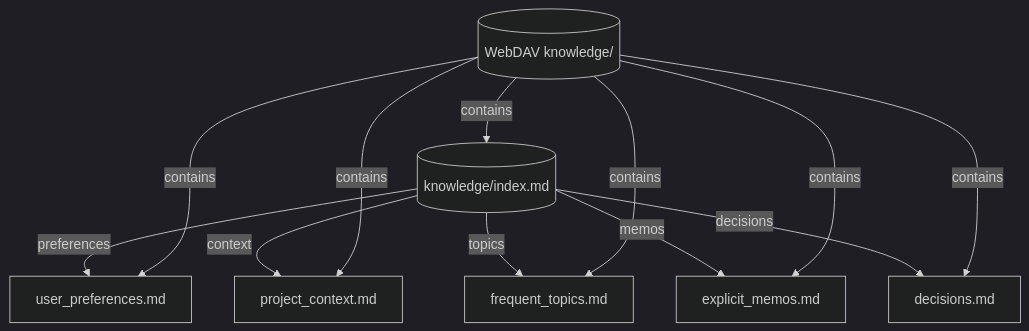
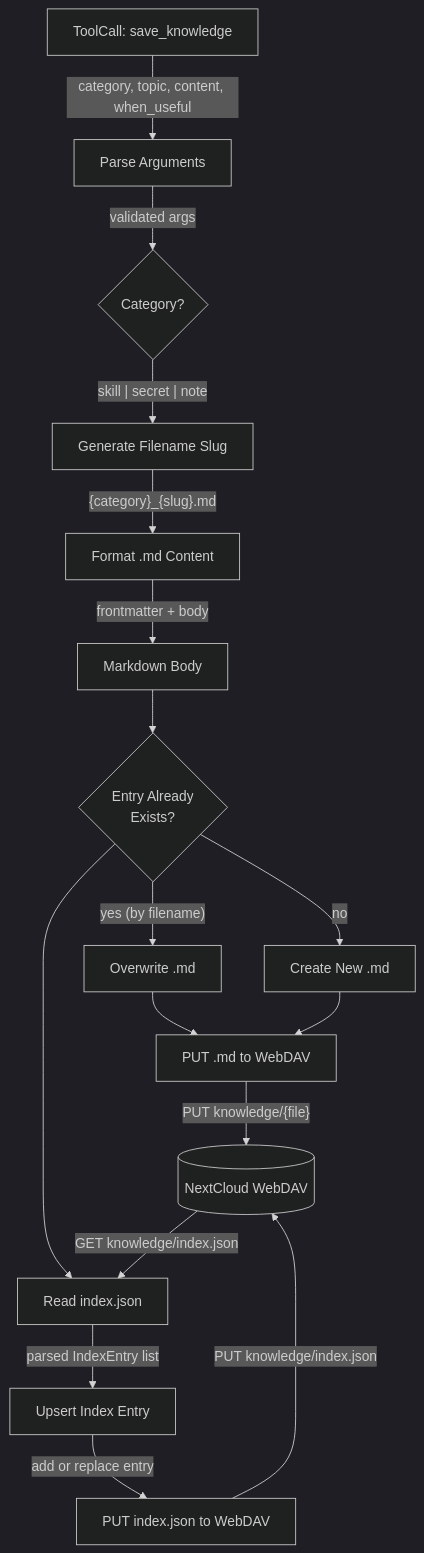
One commit to cosmoswafer/rockbot changed the fourth of 5 diagrams in _dfds/base/knowledge.md. Above: the diagram before and after it, drawn with Mermaid (dark theme). The commit also changed other lines of this file, not shown here.

First line of the commit message:
dfd: revise knowledge DFD with skill/secret/note categories and index.json retrieval

````diff
--- a/_dfds/base/knowledge.md
+++ b/_dfds/base/knowledge.md
@@ -132,22 +130,34 @@
 ```mermaid
 flowchart TD
-    IDX[(knowledge/index.md)]
-    PREFS[user_preferences.md]
-    PROJ[project_context.md]
-    TOPICS[frequent_topics.md]
-    MEMOS[explicit_memos.md]
-    DECIS[decisions.md]
-    ROOT[(WebDAV knowledge/)]
+    CALL[ToolCall: save_knowledge]
+    PARSE[Parse Arguments]
+    CATEGORY{Category?}
+    SLUG[Generate Filename Slug]
+    FORMAT[Format .md Content]
+    MD_BODY[Markdown Body]
+    EXISTING{Entry Already<br/>Exists?}
+    OVERWRITE[Overwrite .md]
+    NEW_FILE[Create New .md]
+    READ_IDX[Read index.json]
+    UPSERT[Upsert Index Entry]
+    PUT_MD[PUT .md to WebDAV]
+    PUT_IDX[PUT index.json to WebDAV]
+    DAV[(NextCloud WebDAV)]
 
-    IDX -->|"preferences"| PREFS
-    IDX -->|"context"| PROJ
-    IDX -->|"topics"| TOPICS
-    IDX -->|"memos"| MEMOS
-    IDX -->|"decisions"| DECIS
-    ROOT -->|"contains"| IDX
-    ROOT -->|"contains"| PREFS
-    ROOT -->|"contains"| PROJ
-    ROOT -->|"contains"| TOPICS
-    ROOT -->|"contains"| MEMOS
-    ROOT -->|"contains"| DECIS
+    CALL -->|"category, topic, content, when_useful"| PARSE
+    PARSE -->|"validated args"| CATEGORY
+    CATEGORY -->|"skill | secret | note"| SLUG
+    SLUG -->|"{category}_{slug}.md"| FORMAT
+    FORMAT -->|"frontmatter + body"| MD_BODY
+    MD_BODY --> EXISTING
+    EXISTING -->|"yes (by filename)"| OVERWRITE
+    EXISTING -->|"no"| NEW_FILE
+    OVERWRITE --> PUT_MD
+    NEW_FILE --> PUT_MD
+    PUT_MD -->|"PUT knowledge/{file}"| DAV
+    EXISTING --> READ_IDX
+    DAV -->|"GET knowledge/index.json"| READ_IDX
+    READ_IDX -->|"parsed IndexEntry list"| UPSERT
+    UPSERT -->|"add or replace entry"| PUT_IDX
+    PUT_IDX -->|"PUT knowledge/index.json"| DAV
 ```
````
